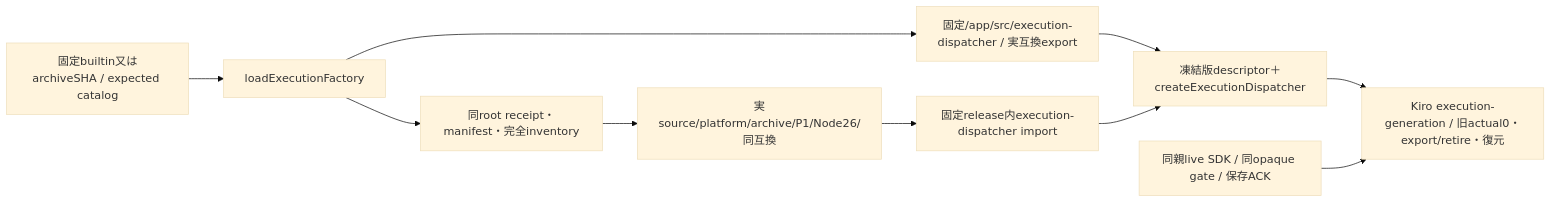
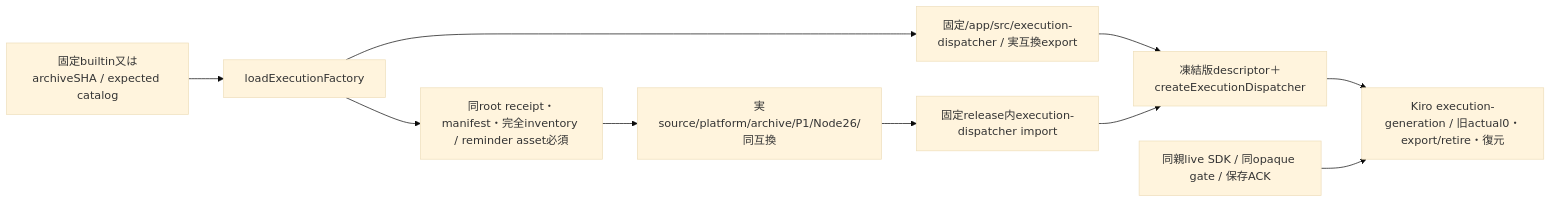
Before and after one commit to kitepon/BellTeam: the diagram in docs/architecture/modules/runtime/execution-loader.md, drawn with Mermaid (base theme). The commit also changed other lines of this file and 2 other files, not shown here.

Commit message:
runtime: require the execution reminder asset in release inventories

````diff
--- a/docs/architecture/modules/runtime/execution-loader.md
+++ b/docs/architecture/modules/runtime/execution-loader.md
@@ -5,12 +5,12 @@
 ```mermaid
 flowchart LR
   Update[固定builtin又はarchiveSHA / expected catalog] --> Loader[loadExecutionFactory]
   Loader --> Builtin[固定/app/src/execution-dispatcher / 実互換export]
-  Loader --> Reader[同root receipt・manifest・完全inventory]
+  Loader --> Reader[同root receipt・manifest・完全inventory / reminder asset必須]
   Reader --> Catalog[実source/platform/archive/P1/Node26/同互換]
   Catalog --> Import[固定release内execution-dispatcher import]
   Builtin --> Factory[凍結版descriptor＋createExecutionDispatcher]
   Import --> Factory
   Factory --> Generation[Kiro execution-generation / 旧actual0・export/retire・復元]
   Ports[同親live SDK / 同opaque gate / 保存ACK] --> Generation
 ```
````
